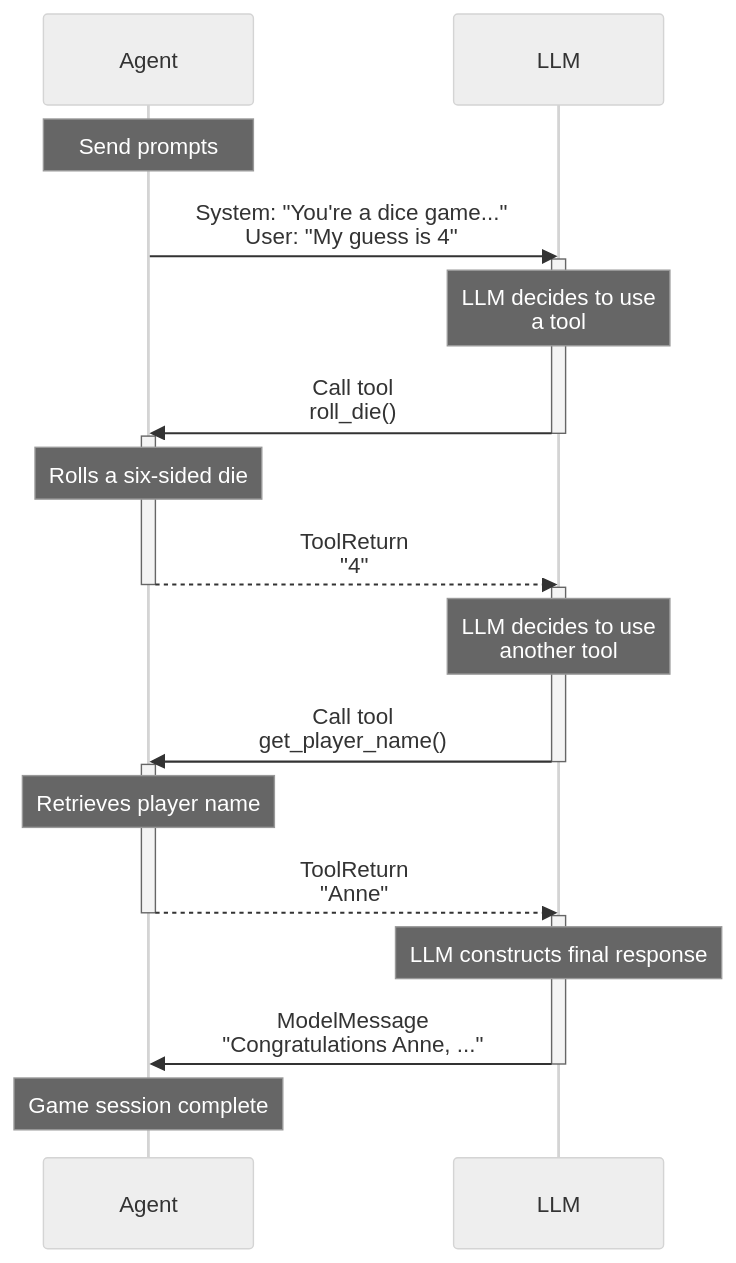
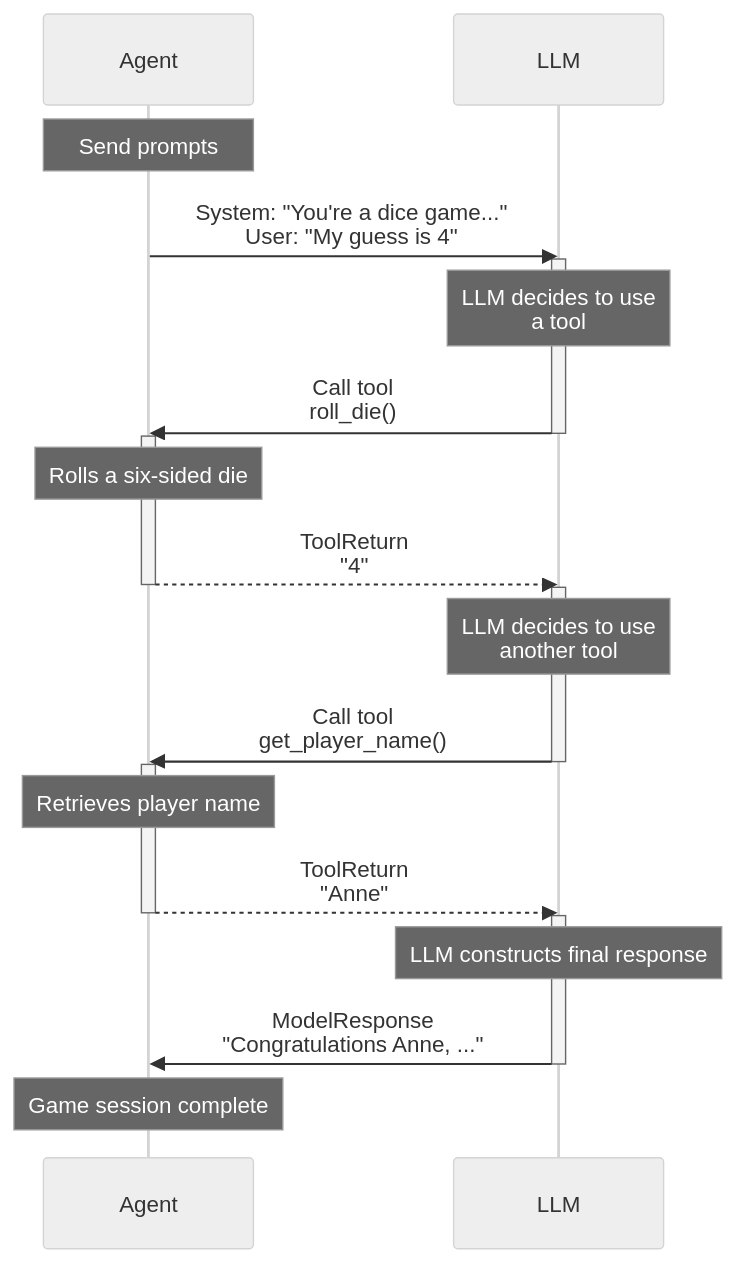
The diagram in docs/tools.md (pydantic/pydantic-ai), drawn with Mermaid (neutral theme) before and after one commit. The commit also changed other lines of this file and 33 other files, not shown here.

Commit message:
UserMessage -> ModelRequest, ModelMessage -> ModelResponse

````diff
--- a/docs/tools.md
+++ b/docs/tools.md
@@ -149,33 +149,33 @@
 ```mermaid
 sequenceDiagram
     participant Agent
     participant LLM
 
     Note over Agent: Send prompts
     Agent ->> LLM: System: "You're a dice game..."<br>User: "My guess is 4"
     activate LLM
     Note over LLM: LLM decides to use<br>a tool
 
     LLM ->> Agent: Call tool<br>roll_die()
     deactivate LLM
     activate Agent
     Note over Agent: Rolls a six-sided die
 
     Agent -->> LLM: ToolReturn<br>"4"
     deactivate Agent
     activate LLM
     Note over LLM: LLM decides to use<br>another tool
 
     LLM ->> Agent: Call tool<br>get_player_name()
     deactivate LLM
     activate Agent
     Note over Agent: Retrieves player name
     Agent -->> LLM: ToolReturn<br>"Anne"
     deactivate Agent
     activate LLM
     Note over LLM: LLM constructs final response
 
-    LLM ->> Agent: ModelMessage<br>"Congratulations Anne, ..."
+    LLM ->> Agent: ModelResponse<br>"Congratulations Anne, ..."
     deactivate LLM
     Note over Agent: Game session complete
 ```
````
